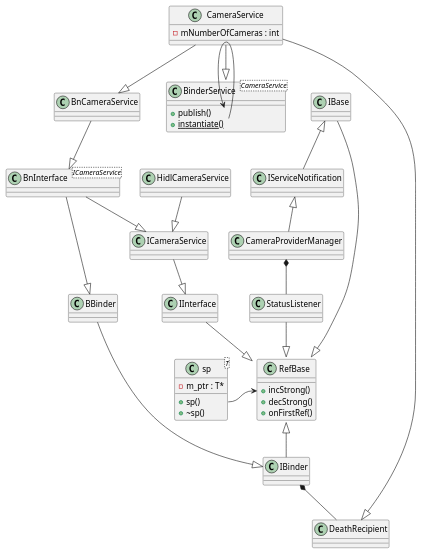
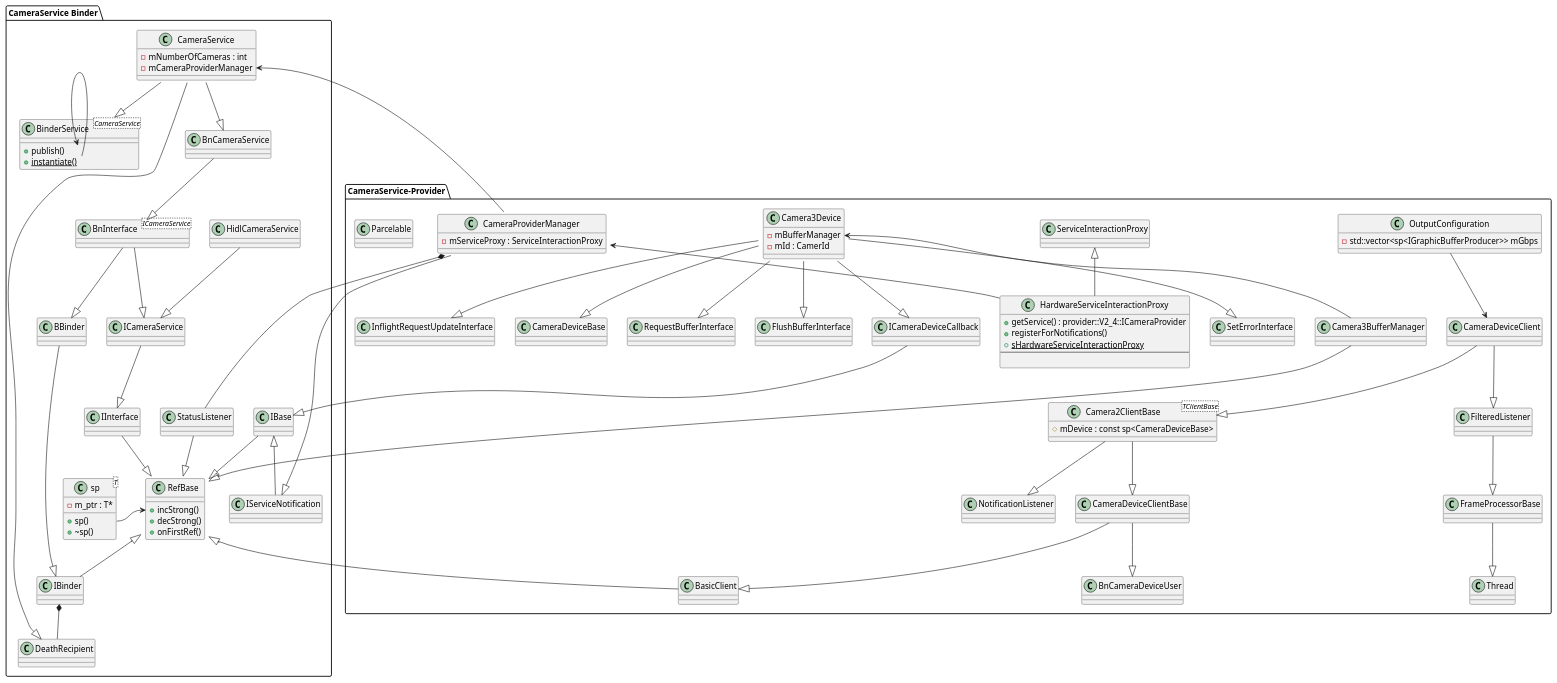
The diagram in source/_posts/android_uml/camera_hardware.wsd (phoenixwxy/phoenixwxy.github.io), drawn with PlantUML before and after one commit. The commit also changed 7 other files, not shown here.

```diff
--- a/source/_posts/android_uml/camera_hardware.wsd
+++ b/source/_posts/android_uml/camera_hardware.wsd
@@ -1,7 +1,11 @@
 @startuml CameraHardWare
+
+package "CameraService Binder" {
+
 
 class CameraService {
     -mNumberOfCameras : int
+    -mCameraProviderManager 
 }
 
 class BinderService <CameraService> {
@@ -62,10 +66,6 @@
 
 }
 
-class CameraProviderManager {
-
-}
-
 class IServiceNotification {
 
 }
@@ -87,9 +87,7 @@
 
 IBase --|> RefBase
 IBase <|-- IServiceNotification
-IServiceNotification <|-- CameraProviderManager
 StatusListener --|> RefBase
-CameraProviderManager *-- StatusListener
 
 RefBase <|-- IBinder
 IBinder *-- DeathRecipient
@@ -99,5 +97,125 @@
 CameraService --|> DeathRecipient
 CameraService --|> BnCameraService
 
+}
+
+package "CameraService-Provider" {
+
+    class HardwareServiceInteractionProxy {
+        +getService() : provider::V2_4::ICameraProvider
+        +registerForNotifications()
+        +{static} sHardwareServiceInteractionProxy
+        --
+        
+    }
+    
+    class ServiceInteractionProxy {
+
+    }
+
+    class CameraProviderManager {
+        -mServiceProxy : ServiceInteractionProxy
+    }
+
+    ServiceInteractionProxy <|-- HardwareServiceInteractionProxy
+    CameraService::mCameraProviderManager <-- CameraProviderManager
+    CameraProviderManager *-- StatusListener
+    IServiceNotification <|-- CameraProviderManager
+    CameraProviderManager::sHardwareServiceInteractionProxy <-- HardwareServiceInteractionProxy
+
+    class CameraDeviceClient {
+
+    }
+
+    class Camera2ClientBase <TClientBase> {
+        #mDevice : const sp<CameraDeviceBase>
+    }
+
+    class CameraDeviceClientBase {
+        
+    }
+
+    class BasicClient {
+
+    }
+
+    class BnCameraDeviceUser {
+
+    }
+
+    class NotificationListener {
+
+    }
+
+    class FilteredListener {
+
+    }
+
+    class FrameProcessorBase {
+
+    }
+
+    class Thread {
+
+    }
+
+    BasicClient --|> RefBase
+    CameraDeviceClientBase --|> BasicClient
+    CameraDeviceClientBase --|> BnCameraDeviceUser
+    FrameProcessorBase --|> Thread
+    FilteredListener --|> FrameProcessorBase
+    CameraDeviceClient --|> Camera2ClientBase
+    CameraDeviceClient --|> FilteredListener
+    Camera2ClientBase --|> CameraDeviceClientBase
+    Camera2ClientBase --|> NotificationListener
+
+    class Camera3Device {
+        -mBufferManager
+        -mId : CamerId
+    }
+
+    class ICameraDeviceCallback {
+
+    }
+
+    class SetErrorInterface {
+
+    }
+
+    class InflightRequestUpdateInterface {
+
+    }
+
+    class RequestBufferInterface {
+
+    }
+
+    class FlushBufferInterface {
+
+    }
+
+    class Camera3BufferManager {
+
+    }
+
+    class OutputConfiguration {
+        -std::vector<sp<IGraphicBufferProducer>> mGbps
+    }
+
+    class Parcelable {}
+
+
+    ICameraDeviceCallback --|> IBase
+    Camera3BufferManager --|> RefBase
+
+    Camera3Device --|> CameraDeviceBase
+    Camera3Device --|> ICameraDeviceCallback
+    Camera3Device --|> SetErrorInterface
+    Camera3Device --|> InflightRequestUpdateInterface
+    Camera3Device --|> RequestBufferInterface
+    Camera3Device --|> FlushBufferInterface
+    Camera3Device::mBufferManager <-- Camera3BufferManager
+    OutputConfiguration --> CameraDeviceClient
+}
 
 @enduml
```
